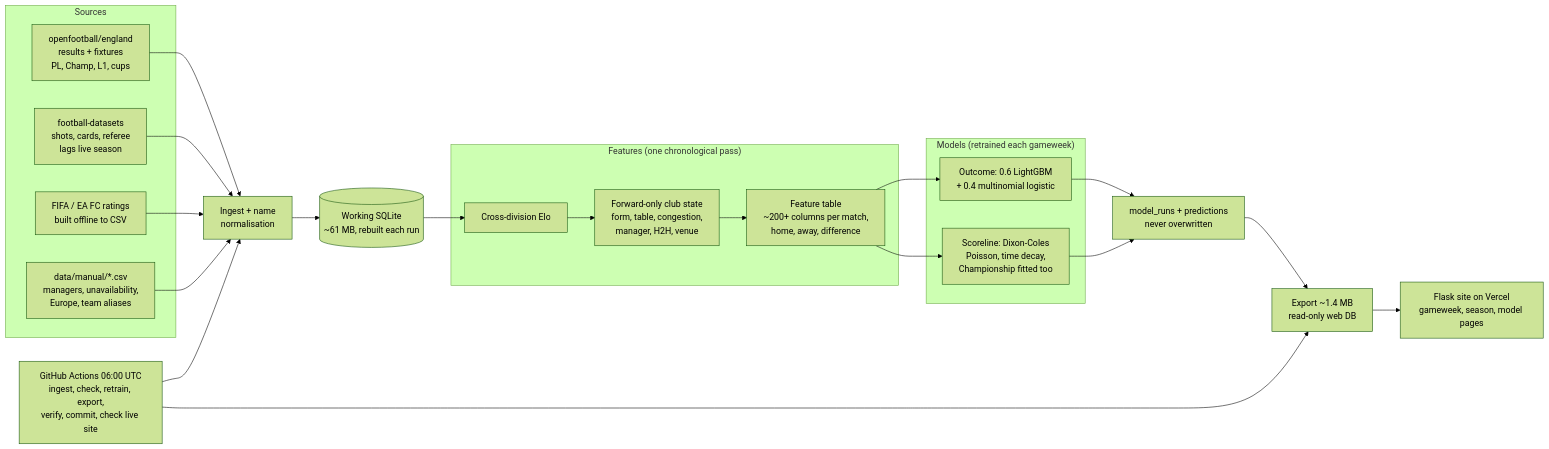
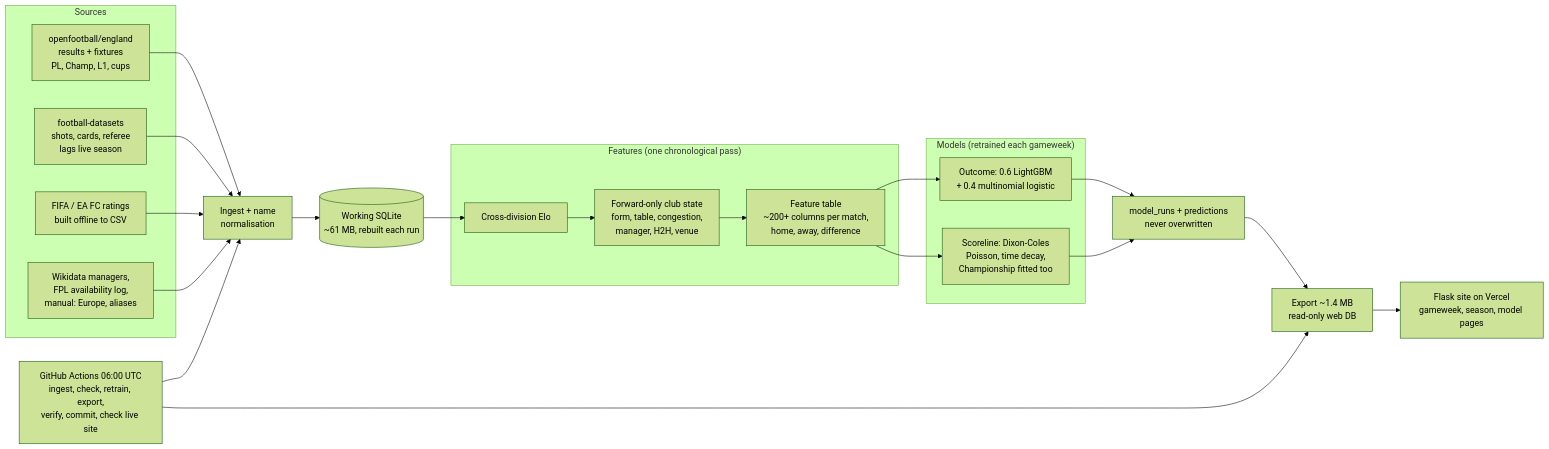
The diagram in Premier-League/01-system-design.md (MelvTheGoat/Study-), drawn with Mermaid (forest theme) before and after one commit. The commit also changed other lines of this file and 10 other files, not shown here.

Commit message:
Premier-League: update for gameweek fix, Wikidata managers, FPL availability log, 98 tests

````diff
--- a/Premier-League/01-system-design.md
+++ b/Premier-League/01-system-design.md
@@ -13,32 +13,32 @@
 ```mermaid
 flowchart LR
     subgraph SRC["Sources"]
         OF[openfootball/england<br/>results + fixtures<br/>PL, Champ, L1, cups]
         FD[football-datasets<br/>shots, cards, referee<br/>lags live season]
         FIFA[FIFA / EA FC ratings<br/>built offline to CSV]
-        MAN[data/manual/*.csv<br/>managers, unavailability,<br/>Europe, team aliases]
+        MAN[Wikidata managers,<br/>FPL availability log,<br/>manual: Europe, aliases]
     end
 
     ING[Ingest + name<br/>normalisation]
     DB[(Working SQLite<br/>~61 MB, rebuilt each run)]
 
     subgraph FE["Features (one chronological pass)"]
         ELO[Cross-division Elo]
         ST[Forward-only club state<br/>form, table, congestion,<br/>manager, H2H, venue]
         FT[Feature table<br/>~200+ columns per match,<br/>home, away, difference]
     end
 
     subgraph MOD["Models (retrained each gameweek)"]
         OUT[Outcome: 0.6 LightGBM<br/>+ 0.4 multinomial logistic]
         SCO[Scoreline: Dixon-Coles<br/>Poisson, time decay,<br/>Championship fitted too]
     end
 
     RUNS[model_runs + predictions<br/>never overwritten]
     EXP[Export ~1.4 MB<br/>read-only web DB]
     WEB[Flask site on Vercel<br/>gameweek, season, model pages]
     GHA[GitHub Actions 06:00 UTC<br/>ingest, check, retrain, export,<br/>verify, commit, check live site]
 
     OF & FD & FIFA & MAN --> ING --> DB --> ELO --> ST --> FT --> OUT & SCO --> RUNS --> EXP --> WEB
     GHA --> ING
     GHA --> EXP
 ```
````
